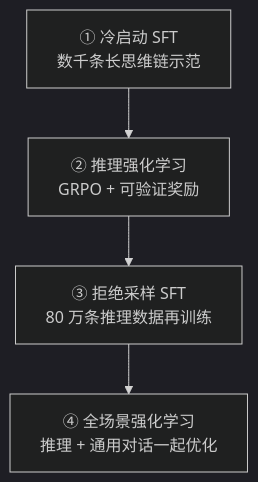
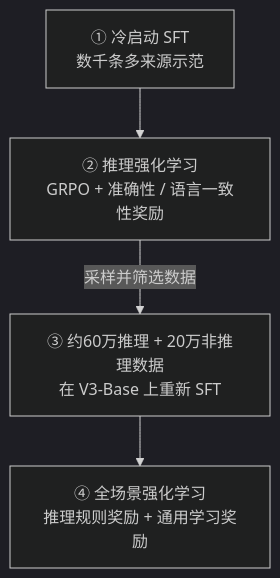
Before and after one commit to AI-learning-simple/Build-Your-Own-LLM: the third of 3 diagrams in 2. Alignment 与训练工程/6. Reasoning Alignment——推理能力的训练与对齐.md, drawn with Mermaid (dark theme). The commit also changed other lines of this file and 27 other files, not shown here.

````diff
--- a/2. Alignment 与训练工程/6. Reasoning Alignment——推理能力的训练与对齐.md
+++ b/2. Alignment 与训练工程/6. Reasoning Alignment——推理能力的训练与对齐.md
@@ -71,6 +84,6 @@
 ```mermaid
 flowchart TD
-    A["① 冷启动 SFT<br/>数千条长思维链示范"] --> B["② 推理强化学习<br/>GRPO + 可验证奖励"]
-    B --> C["③ 拒绝采样 SFT<br/>80 万条推理数据再训练"]
-    C --> D["④ 全场景强化学习<br/>推理 + 通用对话一起优化"]
+    A["① 冷启动 SFT<br/>数千条多来源示范"] --> B["② 推理强化学习<br/>GRPO + 准确性 / 语言一致性奖励"]
+    B -->|"采样并筛选数据"| C["③ 约60万推理 + 20万非推理数据<br/>在 V3-Base 上重新 SFT"]
+    C --> D["④ 全场景强化学习<br/>推理规则奖励 + 通用学习奖励"]
 ```
````
